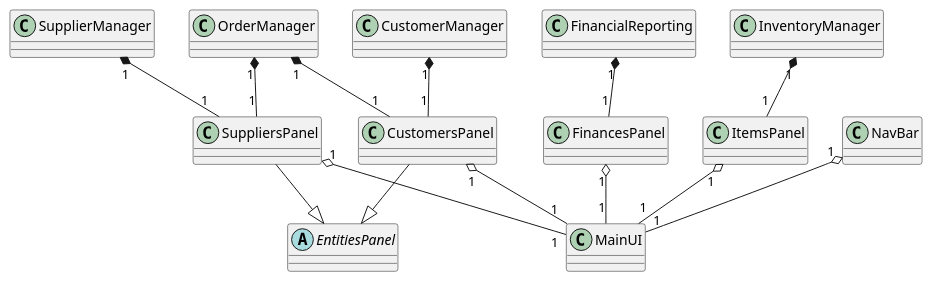
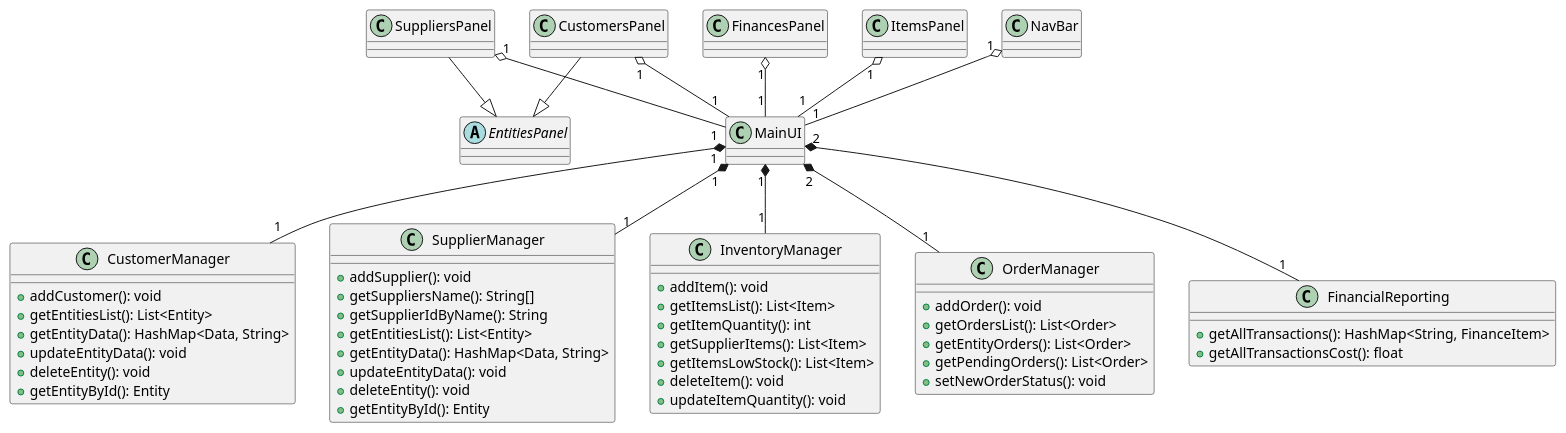
Before and after one commit to achille1789/wms-bnu-ltd: the diagram in uml/ui.puml, drawn with PlantUML. The commit also changed 3 other files, not shown here.

Commit message:
add activity diagrams

```diff
--- a/uml/ui.puml
+++ b/uml/ui.puml
@@ -1,31 +1,63 @@
 @startuml 
 
 abstract class EntitiesPanel
 class CustomersPanel
 class SuppliersPanel
 class FinancesPanel
 class ItemsPanel
 class NavBar
-class CustomerManager
-class SupplierManager
-class InventoryManager
-class OrderManager
-class FinancialReporting
+class CustomerManager {
+    +addCustomer(): void
+    +getEntitiesList(): List<Entity>
+    +getEntityData(): HashMap<Data, String>
+    +updateEntityData(): void
+    +deleteEntity(): void
+    +getEntityById(): Entity
+}
+class SupplierManager {
+    +addSupplier(): void
+    +getSuppliersName(): String[]
+    +getSupplierIdByName(): String
+    +getEntitiesList(): List<Entity>
+    +getEntityData(): HashMap<Data, String>
+    +updateEntityData(): void
+    +deleteEntity(): void
+    +getEntityById(): Entity
+}
+class InventoryManager {
+    +addItem(): void
+    +getItemsList(): List<Item>
+    +getItemQuantity(): int
+    +getSupplierItems(): List<Item>
+    +getItemsLowStock(): List<Item>
+    +deleteItem(): void
+    +updateItemQuantity(): void
+}
+class OrderManager {
+    +addOrder(): void
+    +getOrdersList(): List<Order>
+    +getEntityOrders(): List<Order>
+    +getPendingOrders(): List<Order>
+    +setNewOrderStatus(): void
+}
+class FinancialReporting {
+    +getAllTransactions(): HashMap<String, FinanceItem>
+    +getAllTransactionsCost(): float
+}
 class MainUI
 
 SuppliersPanel --|> EntitiesPanel
 CustomersPanel --|> EntitiesPanel
 
 NavBar "1" o-- "1" MainUI
 CustomersPanel "1" o-- "1" MainUI
 ItemsPanel "1" o-- "1" MainUI
 SuppliersPanel "1" o-- "1" MainUI
 FinancesPanel "1" o-- "1" MainUI
-CustomerManager "1" *-- "1" CustomersPanel
-SupplierManager "1" *-- "1" SuppliersPanel
-InventoryManager "1" *-- "1" ItemsPanel
-OrderManager "1" *-- "1" CustomersPanel
-OrderManager "1" *-- "1" SuppliersPanel
-FinancialReporting "1" *-- "1" FinancesPanel
+MainUI "1" *-- "1" CustomerManager
+MainUI "1" *-- "1" SupplierManager
+MainUI "1" *-- "1" InventoryManager
+MainUI "2" *-- "1" OrderManager
+MainUI "2" *-- "1" FinancialReporting
 
 @enduml
```
